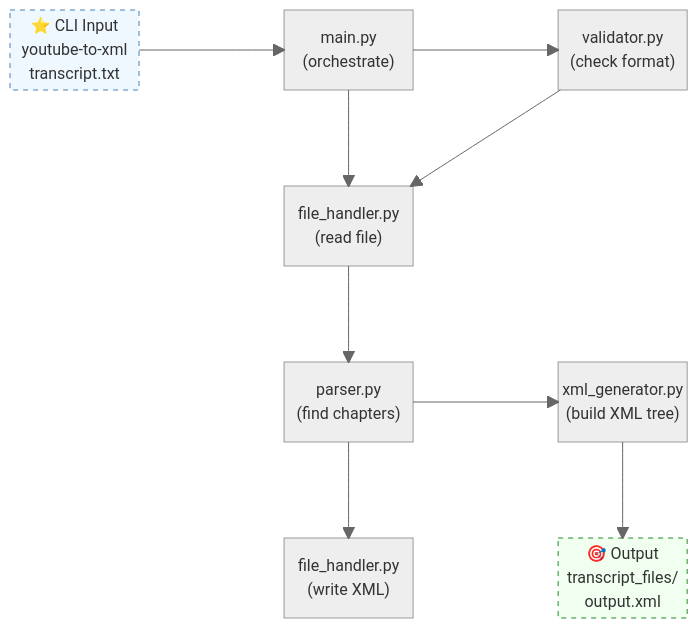
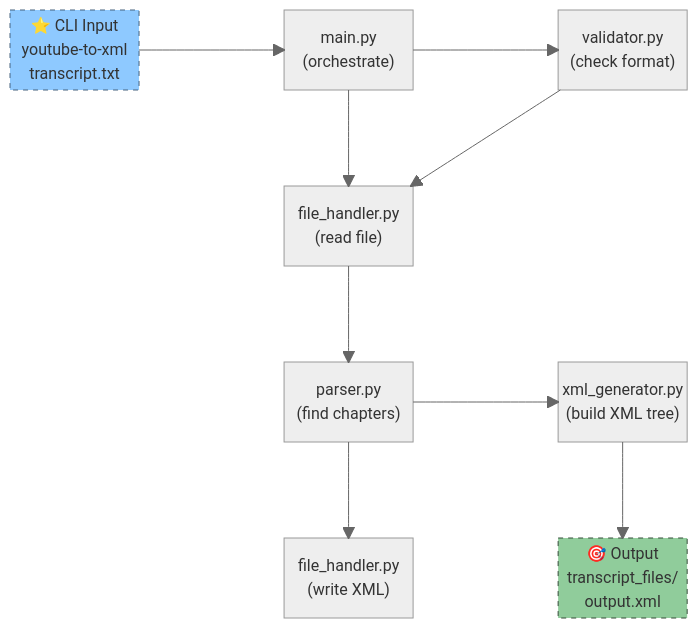
One commit to michellepace/markdown-pretty-app changed the first of 3 diagrams in test-mermaid.md. Above: the diagram before and after it, drawn with Mermaid. The commit also changed other lines of this file, not shown here.

````diff
--- a/test-mermaid.md
+++ b/test-mermaid.md
@@ -3,25 +3,25 @@
 ```mermaid
 ---
 config:
   theme: neutral
 ---
 block-beta
     columns 5
     CLI["⭐ CLI Input\nyoutube-to-xml\ntranscript.txt"] space MAIN["main.py\n(orchestrate)"] space VALIDATOR["validator.py\n(check format)"]
     space space space space space
     space space FILEREAD["file_handler.py\n(read file)"] space space
     space space space space space
     space space PARSER["parser.py\n(find chapters)"] space XMLGEN["xml_generator.py\n(build XML tree)"] space
     space space space space space
     space FILEWRITE["file_handler.py\n(write XML)"] space OUTPUT["🎯 Output\ntranscript_files/\noutput.xml"]
     CLI --> MAIN
     MAIN --> VALIDATOR
     MAIN --> FILEREAD
     VALIDATOR --> FILEREAD
     FILEREAD --> PARSER
     PARSER --> XMLGEN
     PARSER --> FILEWRITE
     XMLGEN --> OUTPUT
-    style CLI fill:#f0f8ff,stroke:#4682b4,stroke-dasharray: 5 5
-    style OUTPUT fill:#f0fff0,stroke:#228b22,stroke-dasharray: 5 5
+    style CLI fill:#8ec9ff,stroke:#46637e,stroke-dasharray: 5 5
+    style OUTPUT fill:#90cc9b,stroke:#354c39,stroke-dasharray: 5 5
 ```
````
